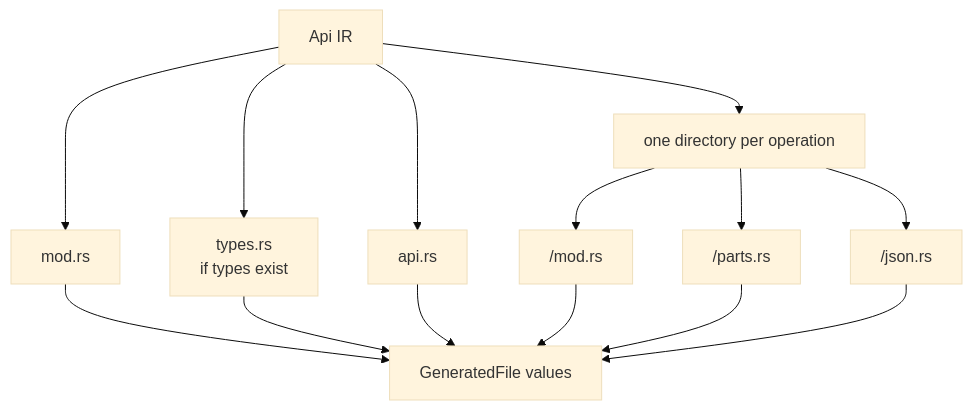
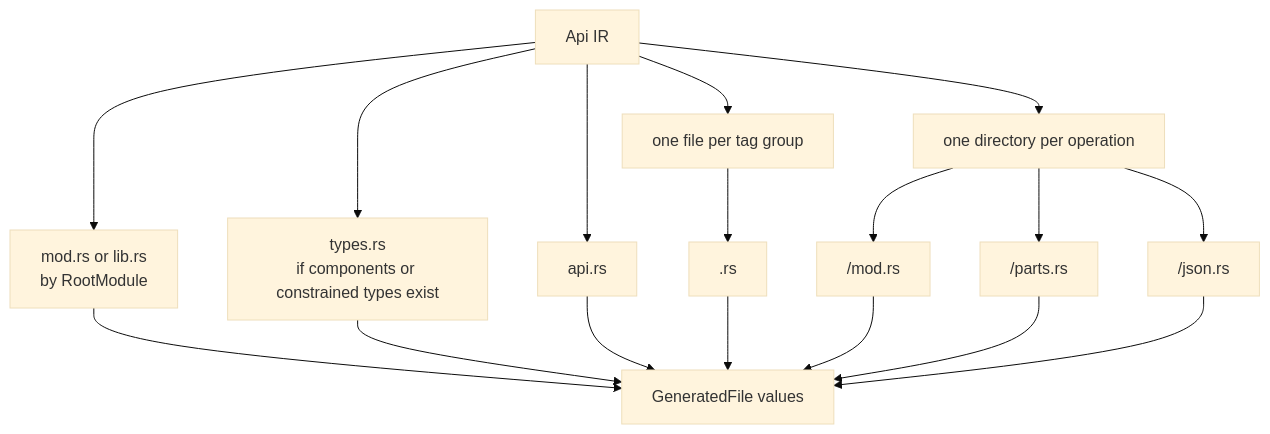
The seventh of 7 diagrams in ARCHITECTURE.md (zeon256/satay-rs), drawn with Mermaid (base theme) before and after one commit. The commit also changed other lines of this file and 70 other files, not shown here.

````diff
--- a/ARCHITECTURE.md
+++ b/ARCHITECTURE.md
@@ -303,18 +336,21 @@
 ```mermaid
 flowchart TD
-    api["Api IR"] --> topMod["mod.rs"]
-    api --> typesFile["types.rs<br/>if types exist"]
+    api["Api IR"] --> topMod["mod.rs or lib.rs<br/>by RootModule"]
+    api --> typesFile["types.rs<br/>if components or constrained types exist"]
     api --> apiFile["api.rs"]
+    api --> groupFiles["one file per tag group"]
     api --> endpointFiles["one directory per operation"]
 
+    groupFiles --> groupRs["<group>.rs"]
     endpointFiles --> endpointMod["<operation>/mod.rs"]
     endpointFiles --> parts["<operation>/parts.rs"]
     endpointFiles --> json["<operation>/json.rs"]
 
     topMod --> generated["GeneratedFile values"]
     typesFile --> generated
     apiFile --> generated
+    groupRs --> generated
     endpointMod --> generated
     parts --> generated
     json --> generated
 ```
````
